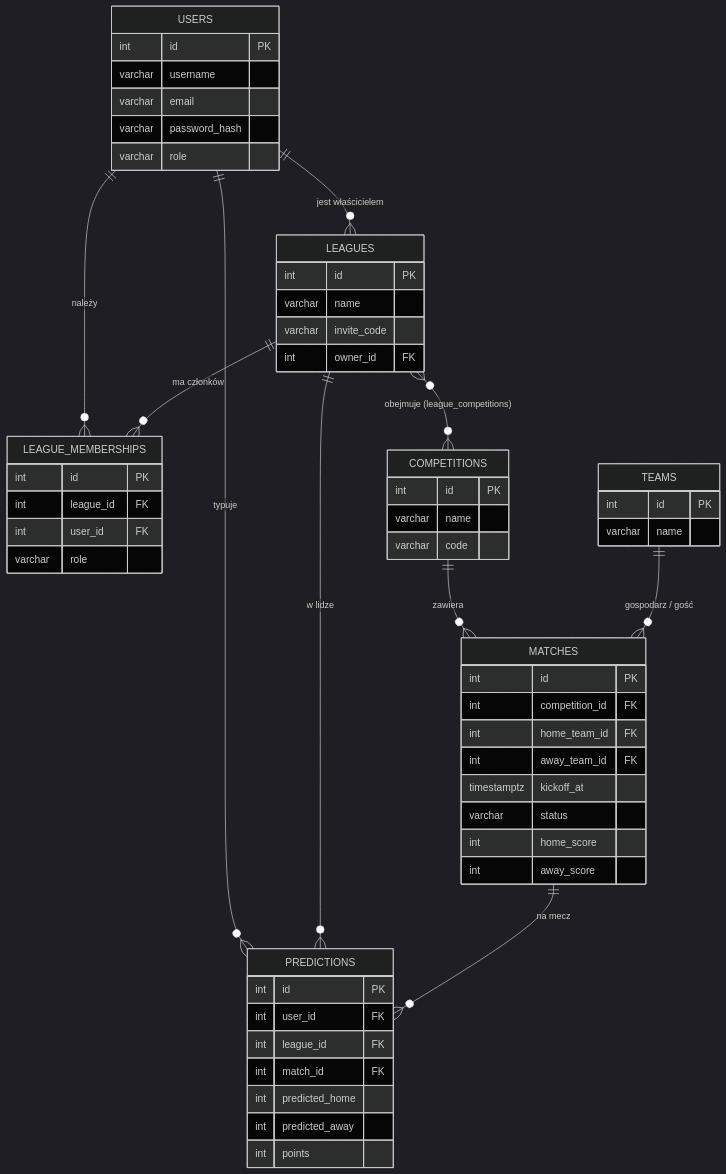
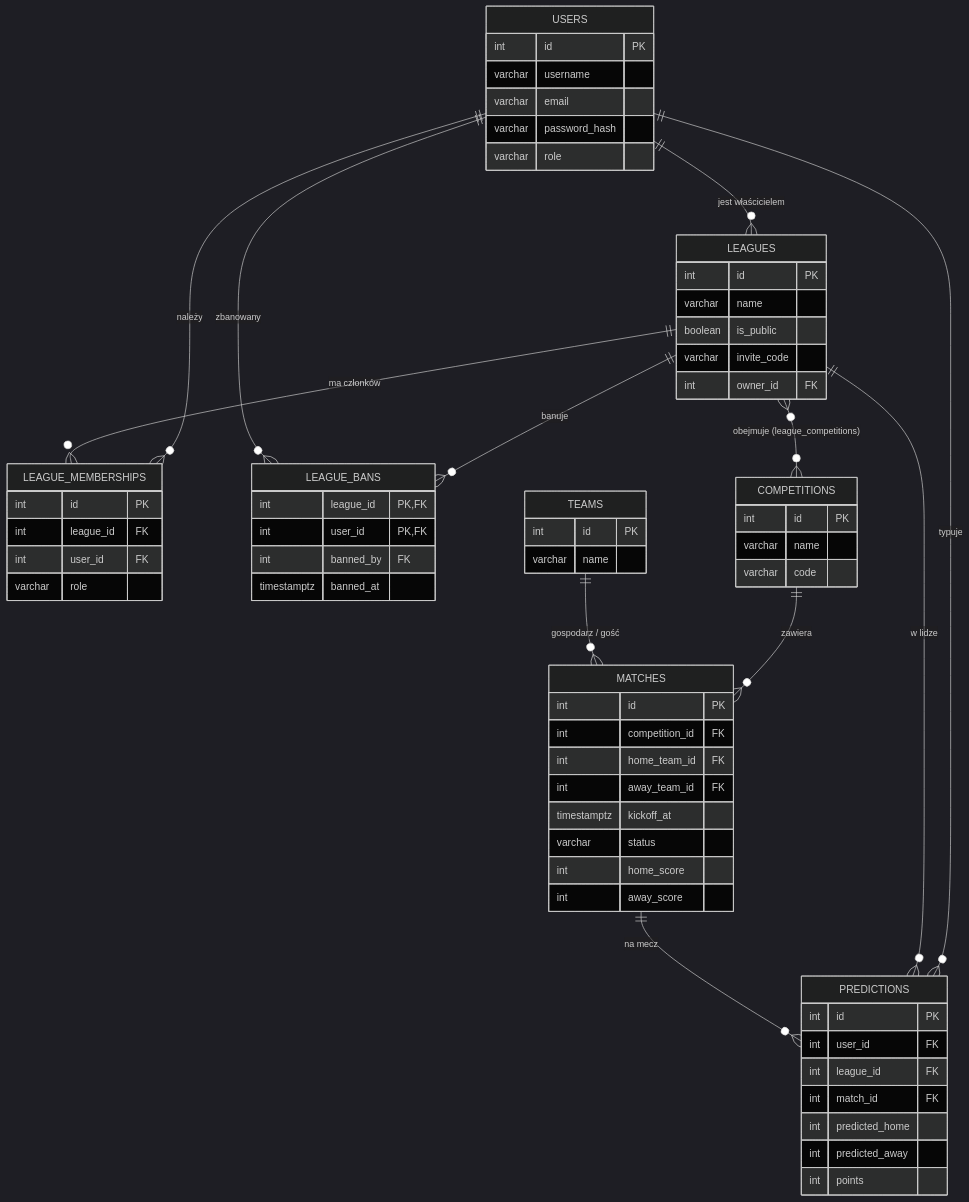
One commit to mateuszkalinski/projektZTPAI changed the diagram in README.md. Above: the diagram before and after it, drawn with Mermaid (dark theme). The commit also changed other lines of this file and 30 other files, not shown here.

````diff
--- a/README.md
+++ b/README.md
@@ -126,60 +156,69 @@
 ```mermaid
 erDiagram
     USERS ||--o{ LEAGUES : "jest właścicielem"
     USERS ||--o{ LEAGUE_MEMBERSHIPS : "należy"
     LEAGUES ||--o{ LEAGUE_MEMBERSHIPS : "ma członków"
+    LEAGUES ||--o{ LEAGUE_BANS : "banuje"
+    USERS ||--o{ LEAGUE_BANS : "zbanowany"
     LEAGUES }o--o{ COMPETITIONS : "obejmuje (league_competitions)"
     COMPETITIONS ||--o{ MATCHES : "zawiera"
     TEAMS ||--o{ MATCHES : "gospodarz / gość"
     USERS ||--o{ PREDICTIONS : "typuje"
     LEAGUES ||--o{ PREDICTIONS : "w lidze"
     MATCHES ||--o{ PREDICTIONS : "na mecz"
 
     USERS {
         int id PK
         varchar username
         varchar email
         varchar password_hash
         varchar role
     }
     LEAGUES {
         int id PK
         varchar name
+        boolean is_public
         varchar invite_code
         int owner_id FK
+    }
+    LEAGUE_BANS {
+        int league_id PK, FK
+        int user_id PK, FK
+        int banned_by FK
+        timestamptz banned_at
     }
     LEAGUE_MEMBERSHIPS {
         int id PK
         int league_id FK
         int user_id FK
         varchar role
     }
     COMPETITIONS {
         int id PK
         varchar name
         varchar code
     }
     TEAMS {
         int id PK
         varchar name
     }
     MATCHES {
         int id PK
         int competition_id FK
         int home_team_id FK
         int away_team_id FK
         timestamptz kickoff_at
         varchar status
         int home_score
         int away_score
     }
     PREDICTIONS {
         int id PK
         int user_id FK
         int league_id FK
         int match_id FK
         int predicted_home
         int predicted_away
         int points
     }
 ```
````
